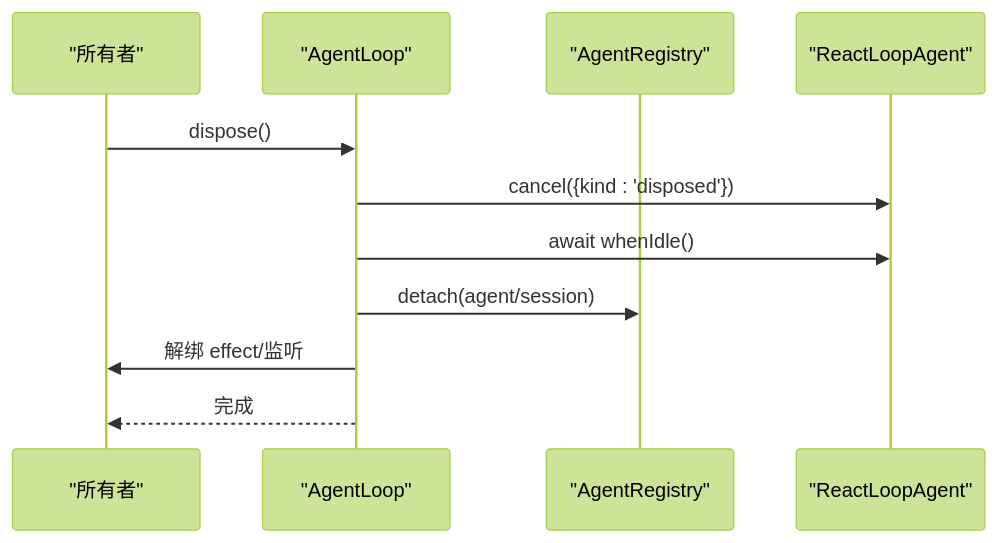
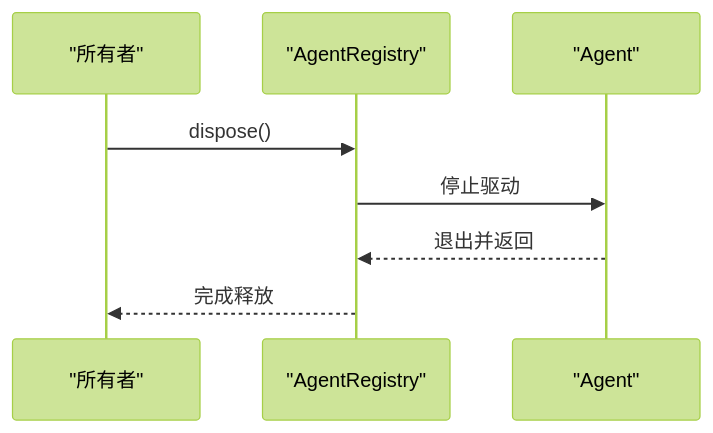
One commit to gongzili456/deepseek-harness changed the sixth of 9 diagrams in .qoder/repowiki/zh/content/核心概念/Agent 生命周期.md. Above: the diagram before and after it, drawn with Mermaid (forest theme). The commit also changed other lines of this file and 1001 other files, not shown here.

````diff
--- a/.qoder/repowiki/zh/content/核心概念/Agent 生命周期.md
+++ b/.qoder/repowiki/zh/content/核心概念/Agent 生命周期.md
@@ -187,13 +214,10 @@
 ```mermaid
 sequenceDiagram
 participant Owner as "所有者"
-participant AL as "AgentLoop"
-participant AR as "AgentRegistry"
-participant RL as "ReactLoopAgent"
-Owner->>AL : dispose()
-AL->>RL : cancel({kind : 'disposed'})
-AL->>RL : await whenIdle()
-AL->>AR : detach(agent/session)
-AL->>Owner : 解绑 effect/监听
-AL-->>Owner : 完成
+participant Registry as "AgentRegistry"
+participant Agent as "Agent"
+Owner->>Registry : dispose()
+Registry->>Agent : 停止驱动
+Agent-->>Registry : 退出并返回
+Registry-->>Owner : 完成释放
 ```
````
